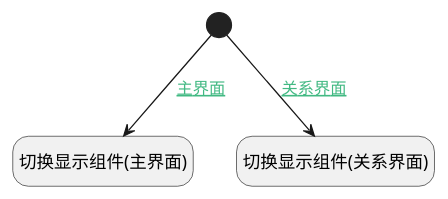
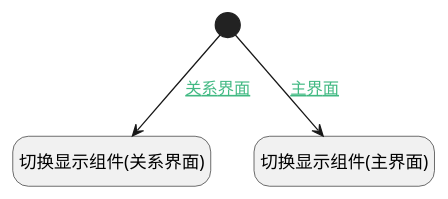
The diagram in doc/docsify/module/ProdMgmt/idea/uilogic/check_ticket_info.md (iBizLab/plm), drawn with PlantUML before and after one commit. The commit also changed other lines of this file and 1276 other files, not shown here.

````diff
--- a/doc/docsify/module/ProdMgmt/idea/uilogic/check_ticket_info.md
+++ b/doc/docsify/module/ProdMgmt/idea/uilogic/check_ticket_info.md
@@ -7,21 +7,21 @@
 ```plantuml
 @startuml
 hide footbox
 <style>
 root {
   HyperlinkColor #42b983
 }
 </style>
 
 hide empty description
 state "开始" as Begin <<start>> [[$./check_ticket_info#begin {开始}]]
+state "切换显示组件(关系界面)" as RAWJSCODE2  [[$./check_ticket_info#rawjscode2 {切换显示组件(关系界面)}]]
 state "切换显示组件(主界面)" as RAWJSCODE1  [[$./check_ticket_info#rawjscode1 {切换显示组件(主界面)}]]
-state "切换显示组件(关系界面)" as RAWJSCODE2  [[$./check_ticket_info#rawjscode2 {切换显示组件(关系界面)}]]
 
 
 Begin --> RAWJSCODE1 : [[$./check_ticket_info#begin-rawjscode1{主界面} 主界面]]
 Begin --> RAWJSCODE2 : [[$./check_ticket_info#begin-rawjscode2{关系界面} 关系界面]]
 
 
 @enduml
 ```
````
